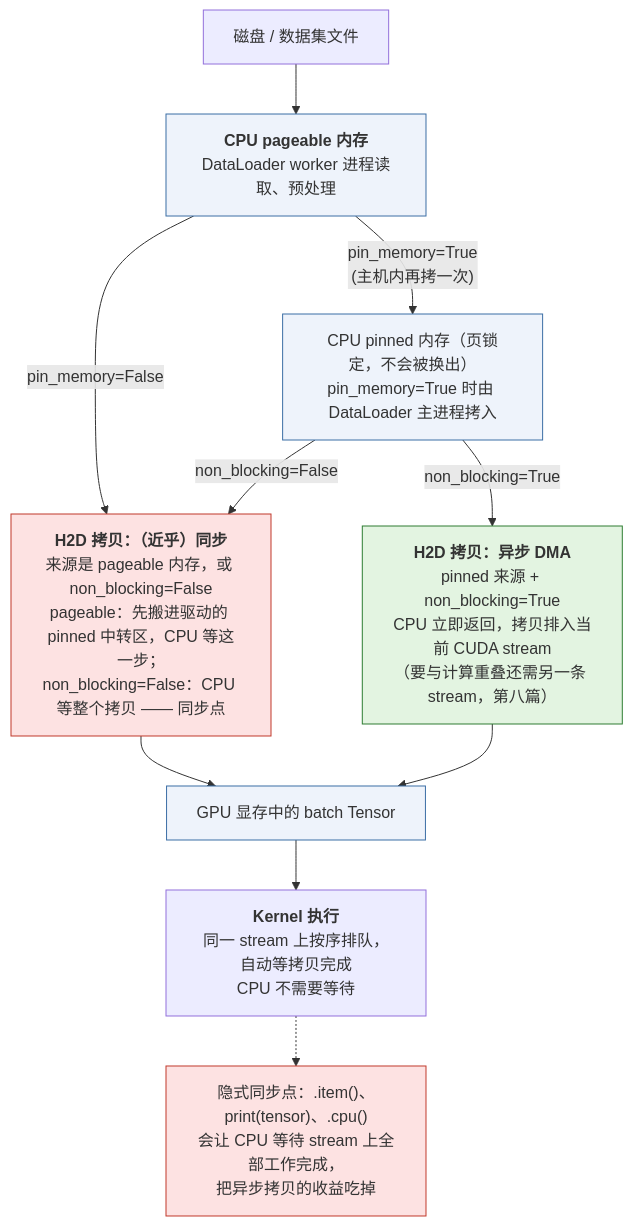
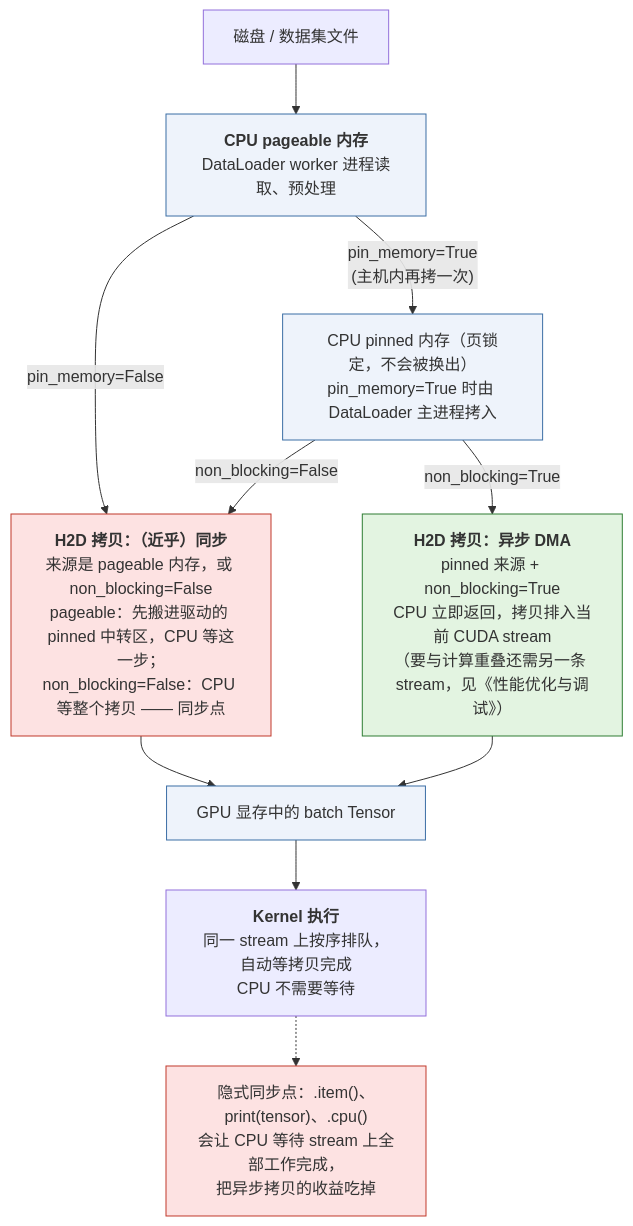
The third of 5 diagrams in _posts/2026-02-18-pytorch-tensor-and-memory-layout.md (arganzheng/arganzheng.github.com), drawn with Mermaid before and after one commit. The commit also changed other lines of this file and 12 other files, not shown here.

First line of the commit message:
PyTorch 系列：各篇开头补机制总览图，Java 章改为就近的「Java 经验参照」提示块，指引改为标题链接

````diff
--- a/_posts/2026-02-18-pytorch-tensor-and-memory-layout.md
+++ b/_posts/2026-02-18-pytorch-tensor-and-memory-layout.md
@@ -811,29 +863,29 @@
 ```mermaid
 %% 图：CPU 到 GPU 的数据搬运：pin_memory 与 non_blocking 决定 H2D 拷贝是同步点还是异步 DMA
 flowchart TB
     DISK["磁盘 / 数据集文件"]
     PAGE["<b>CPU pageable 内存</b><br/>DataLoader worker 进程读取、预处理"]
     PIN["CPU pinned 内存（页锁定，不会被换出）<br/>pin_memory=True 时由 DataLoader 主进程拷入"]
     H2D_SYNC["<b>H2D 拷贝：（近乎）同步</b><br/>来源是 pageable 内存，或 non_blocking=False<br/>pageable：先搬进驱动的 pinned 中转区，CPU 等这一步；<br/>non_blocking=False：CPU 等整个拷贝 —— 同步点"]
-    H2D_ASYNC["<b>H2D 拷贝：异步 DMA</b><br/>pinned 来源 + non_blocking=True<br/>CPU 立即返回，拷贝排入当前 CUDA stream<br/>（要与计算重叠还需另一条 stream，第八篇）"]
+    H2D_ASYNC["<b>H2D 拷贝：异步 DMA</b><br/>pinned 来源 + non_blocking=True<br/>CPU 立即返回，拷贝排入当前 CUDA stream<br/>（要与计算重叠还需另一条 stream，见《性能优化与调试》）"]
     GPU["GPU 显存中的 batch Tensor"]
     KERNEL["<b>Kernel 执行</b><br/>同一 stream 上按序排队，自动等拷贝完成<br/>CPU 不需要等待"]
     IMPLICIT["隐式同步点：.item()、print(tensor)、.cpu()<br/>会让 CPU 等待 stream 上全部工作完成，<br/>把异步拷贝的收益吃掉"]
 
     DISK --> PAGE
     PAGE -->|"pin_memory=True<br/>(主机内再拷一次)"| PIN
     PAGE -->|"pin_memory=False"| H2D_SYNC
     PIN -->|"non_blocking=False"| H2D_SYNC
     PIN -->|"non_blocking=True"| H2D_ASYNC
     H2D_SYNC --> GPU
     H2D_ASYNC --> GPU
     GPU --> KERNEL
     KERNEL -.-> IMPLICIT
 
     classDef sync fill:#fde2e2,stroke:#c0392b;
     classDef async fill:#e3f4e1,stroke:#2e7d32;
     classDef mem fill:#eef3fb,stroke:#3b6ea5;
     class H2D_SYNC,IMPLICIT sync;
     class H2D_ASYNC async;
     class PAGE,PIN,GPU mem;
 ```
````
